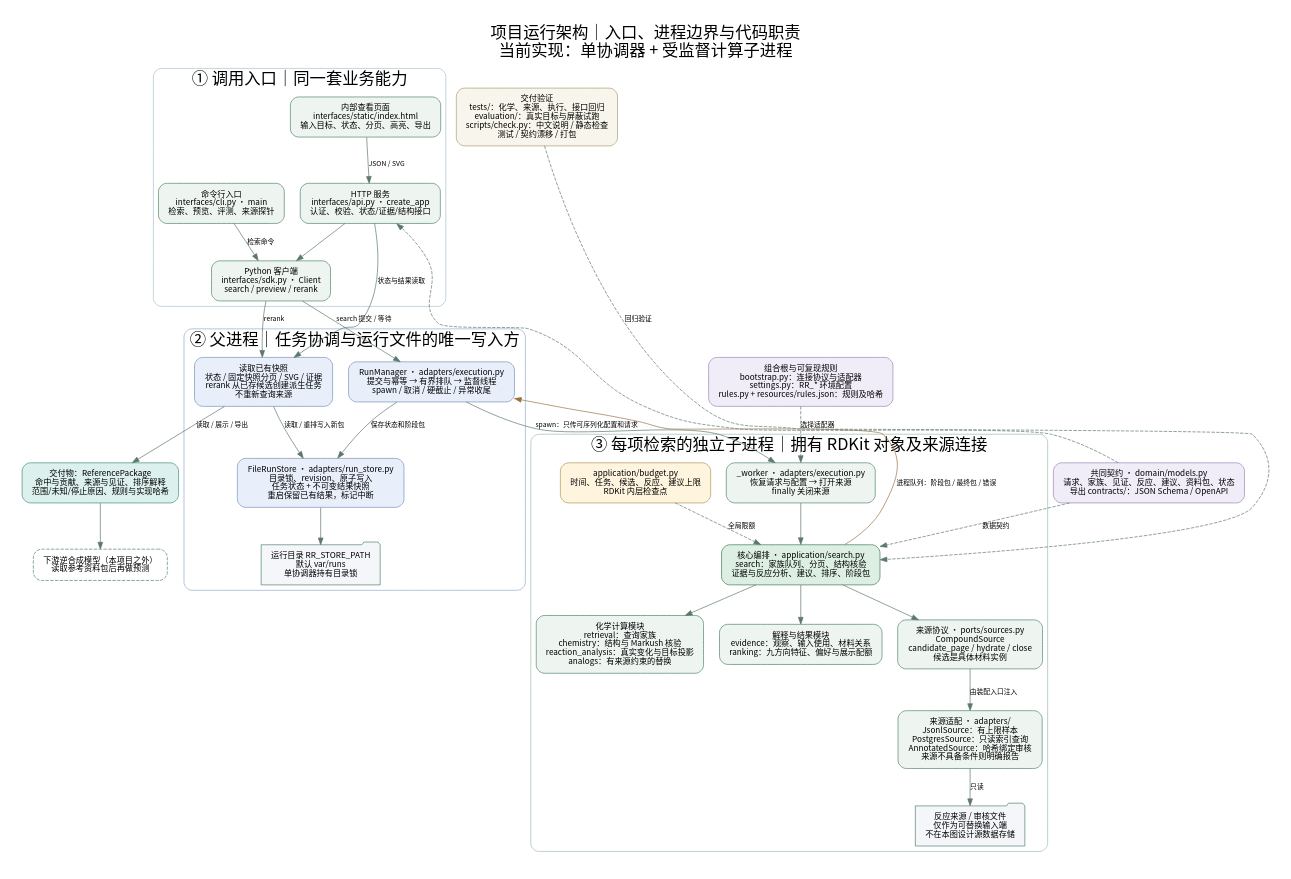
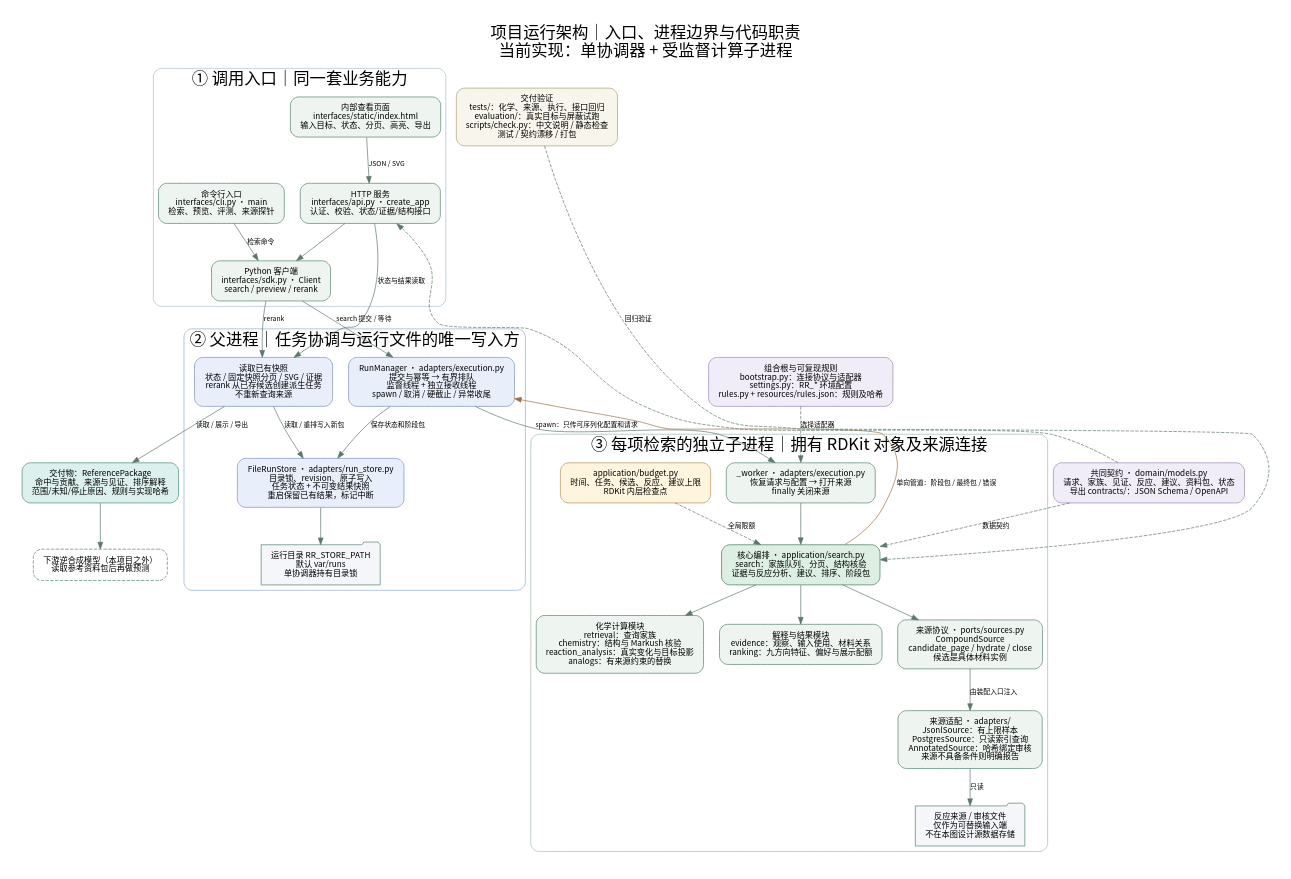
One commit to 825728139/substructure_search changed the diagram in implementation/docs/system-architecture.dot. Above: the diagram before and after it, drawn with Graphviz. The commit also changed 15 other files, not shown here.

```diff
--- a/implementation/docs/system-architecture.dot
+++ b/implementation/docs/system-architecture.dot
@@ -1,61 +1,61 @@
 // 当前实现的运行架构；实线表示调用/结果传递，虚线表示契约、配置或只读依赖。
 digraph System {
   graph [rankdir=TB, bgcolor="#ffffff", pad="0.35", nodesep="0.32", ranksep="0.6", fontname="Noto Sans CJK SC", fontsize=24, labelloc=t, label="项目运行架构｜入口、进程边界与代码职责\n当前实现：单协调器 + 受监督计算子进程"];
   node [shape=box, style="rounded,filled", fillcolor="#eef5f1", color="#4d826a", fontname="Noto Sans CJK SC", fontsize=12, margin="0.20,0.14"];
   edge [color="#5c786a", fontname="Noto Sans CJK SC", fontsize=10];
 
   subgraph cluster_entry {
     label="① 调用入口｜同一套业务能力"; color="#a7bfcf"; style=rounded;
     ui [label="内部查看页面\ninterfaces/static/index.html\n输入目标、状态、分页、高亮、导出"];
     api [label="HTTP 服务\ninterfaces/api.py · create_app\n认证、校验、状态/证据/结构接口"];
     cli [label="命令行入口\ninterfaces/cli.py · main\n检索、预览、评测、来源探针"];
     sdk [label="Python 客户端\ninterfaces/sdk.py · Client\nsearch / preview / rerank"];
     ui -> api [label="JSON / SVG"];
     api -> sdk; cli -> sdk [label="检索命令"];
   }
 
   subgraph cluster_parent {
     label="② 父进程｜任务协调与运行文件的唯一写入方"; color="#8eabd0"; style=rounded;
-    manager [label="RunManager · adapters/execution.py\n提交与幂等 → 有界排队 → 监督线程\nspawn / 取消 / 硬截止 / 异常收尾", fillcolor="#e9effa", color="#758fb8"];
+    manager [label="RunManager · adapters/execution.py\n提交与幂等 → 有界排队\n监督线程 + 独立接收线程\nspawn / 取消 / 硬截止 / 异常收尾", fillcolor="#e9effa", color="#758fb8"];
     store [label="FileRunStore · adapters/run_store.py\n目录锁、revision、原子写入\n任务状态 + 不可变结果快照\n重启保留已有结果，标记中断", fillcolor="#e9effa", color="#758fb8"];
     reader [label="读取已有快照\n状态 / 固定快照分页 / SVG / 证据\nrerank 从已存候选创建派生任务\n不重新查询来源", fillcolor="#e9effa", color="#758fb8"];
     files [label="运行目录 RR_STORE_PATH\n默认 var/runs\n单协调器持有目录锁", shape=folder, fillcolor="#f4f6fa"];
     manager -> store [label="保存状态和阶段包"];
     reader -> store [label="读取 / 重排写入新包"];
     store -> files;
   }
   sdk -> manager [label="search 提交 / 等待"];
   api -> reader [label="状态与结果读取"];
   sdk -> reader [label="rerank"];
 
   subgraph cluster_child {
     label="③ 每项检索的独立子进程｜拥有 RDKit 对象及来源连接"; color="#9ebcaa"; style=rounded;
     worker [label="_worker · adapters/execution.py\n恢复请求与配置 → 打开来源\nfinally 关闭来源"];
     search [label="核心编排 · application/search.py\nsearch：家族队列、分页、结构核验\n证据与反应分析、建议、排序、阶段包", fillcolor="#dcefe2", color="#3e7657"];
     chem [label="化学计算模块\nretrieval：查询家族\nchemistry：结构与 Markush 核验\nreaction_analysis：真实变化与目标投影\nanalogs：有来源约束的替换"];
     evidence [label="解释与结果模块\nevidence：观察、输入使用、材料关系\nranking：九方向特征、偏好与展示配额"];
     budget [label="application/budget.py\n时间、任务、候选、反应、建议上限\nRDKit 内层检查点", fillcolor="#fff5df", color="#ae9353"];
     port [label="来源协议 · ports/sources.py\nCompoundSource\ncandidate_page / hydrate / close\n候选是具体材料实例"];
     adapters [label="来源适配 · adapters/\nJsonlSource：有上限样本\nPostgresSource：只读索引查询\nAnnotatedSource：哈希绑定审核\n来源不具备条件则明确报告"];
     source [label="反应来源 / 审核文件\n仅作为可替换输入端\n不在本图设计源数据存储", shape=folder, fillcolor="#f4f6fa"];
     worker -> search;
     search -> chem; search -> evidence; search -> port;
     budget -> search [style=dashed, label="全局限额"];
     port -> adapters [label="由装配入口注入"];
     adapters -> source [label="只读"];
   }
   manager -> worker [label="spawn：只传可序列化配置和请求"];
-  search -> manager [label="进程队列：阶段包 / 最终包 / 错误", color="#9b7041", constraint=false];
+  search -> manager [label="单向管道：阶段包 / 最终包 / 错误", color="#9b7041", constraint=false];
 
   contracts [label="共同契约 · domain/models.py\n请求、家族、见证、反应、建议、资料包、状态\n导出 contracts/：JSON Schema / OpenAPI", fillcolor="#f1edf8", color="#9a82b6"];
   assembly [label="组合根与可复现规则\nbootstrap.py：连接协议与适配器\nsettings.py：RR_* 环境配置\nrules.py + resources/rules.json：规则及哈希", fillcolor="#f1edf8", color="#9a82b6"];
   checks [label="交付验证\ntests/：化学、来源、执行、接口回归\nevaluation/：真实目标与屏蔽试跑\nscripts/check.py：中文说明 / 静态检查\n测试 / 契约漂移 / 打包", fillcolor="#f7f5ec", color="#aa9d6c"];
   output [label="交付物：ReferencePackage\n命中与贡献、来源与见证、排序解释\n范围/未知/停止原因、规则与实现哈希", fillcolor="#dcf0ed", color="#43897d"];
   model [label="下游逆合成模型（本项目之外）\n读取参考资料包后再做预测", style="rounded,dashed", fillcolor="#ffffff"];
   contracts -> search [style=dashed, label="数据契约"];
   contracts -> api [style=dashed, constraint=false];
   assembly -> worker [style=dashed, label="选择适配器"];
   checks -> search [style=dashed, label="回归验证", constraint=false];
   reader -> output [label="读取 / 展示 / 导出"];
   output -> model;
 }
```
